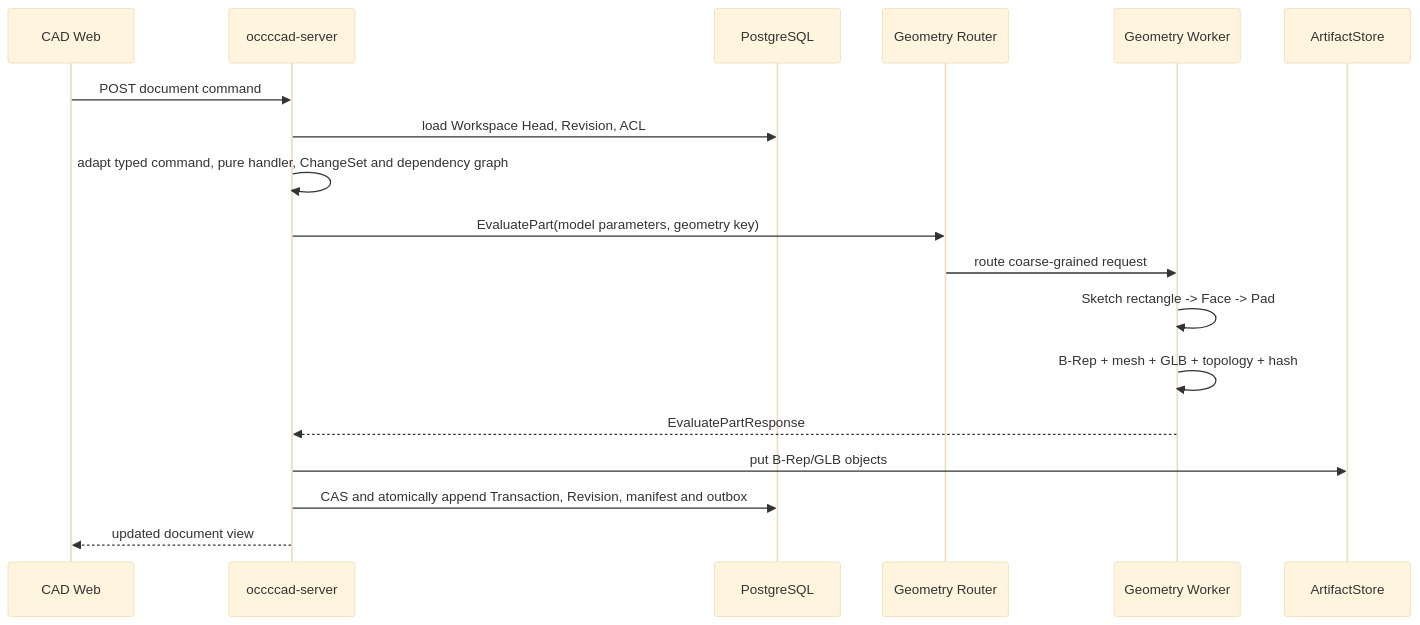
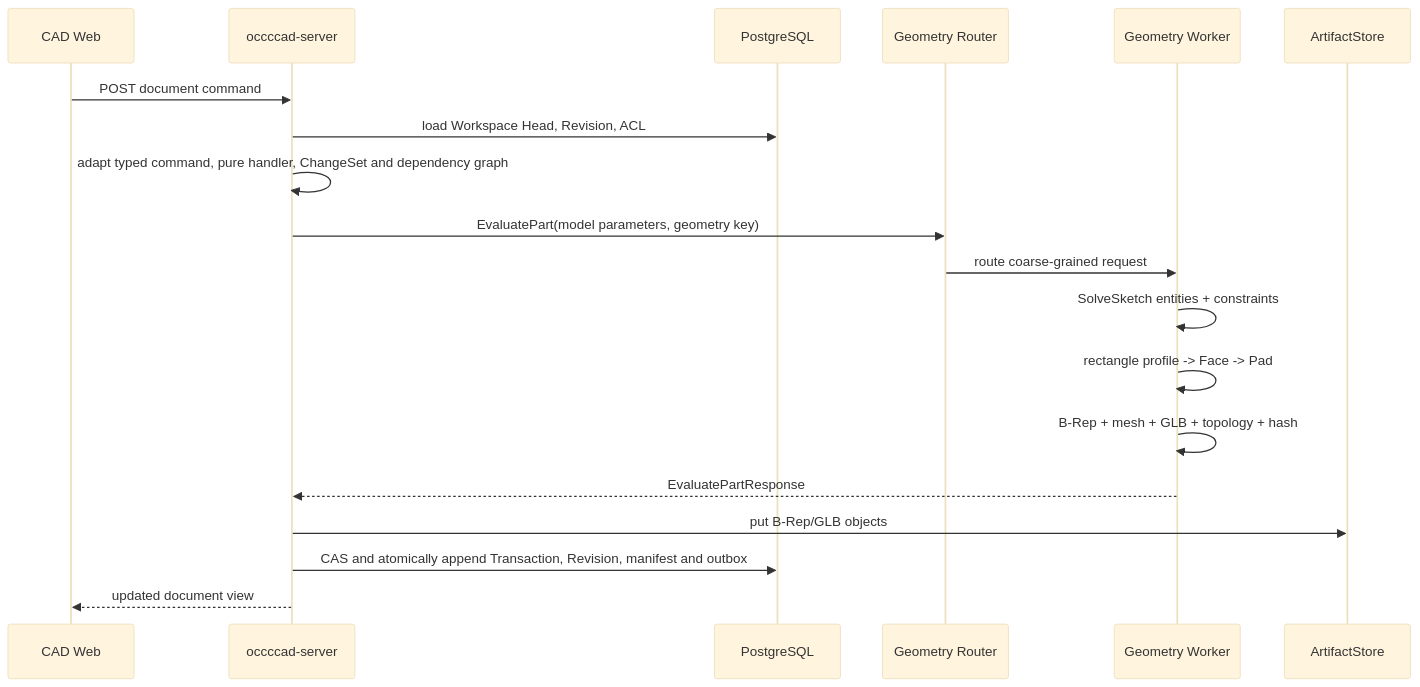
The fourth of 6 diagrams in docs/CURRENT_ARCHITECTURE.md (cossoledad/occccad), drawn with Mermaid (base theme) before and after one commit. The commit also changed other lines of this file and 40 other files, not shown here.

````diff
--- a/docs/CURRENT_ARCHITECTURE.md
+++ b/docs/CURRENT_ARCHITECTURE.md
@@ -160,21 +164,22 @@
 ```mermaid
 sequenceDiagram
     participant W as CAD Web
     participant A as occccad-server
     participant P as PostgreSQL
     participant R as Geometry Router
     participant G as Geometry Worker
     participant F as ArtifactStore
 
     W->>A: POST document command
     A->>P: load Workspace Head, Revision, ACL
     A->>A: adapt typed command, pure handler, ChangeSet and dependency graph
     A->>R: EvaluatePart(model parameters, geometry key)
     R->>G: route coarse-grained request
-    G->>G: Sketch rectangle -> Face -> Pad
+    G->>G: SolveSketch entities + constraints
+    G->>G: rectangle profile -> Face -> Pad
     G->>G: B-Rep + mesh + GLB + topology + hash
     G-->>A: EvaluatePartResponse
     A->>F: put B-Rep/GLB objects
     A->>P: CAS and atomically append Transaction, Revision, manifest and outbox
     A-->>W: updated document view
 ```
````
